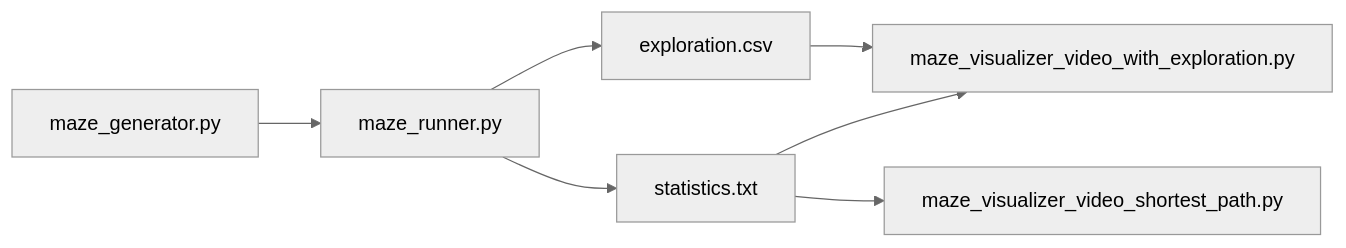
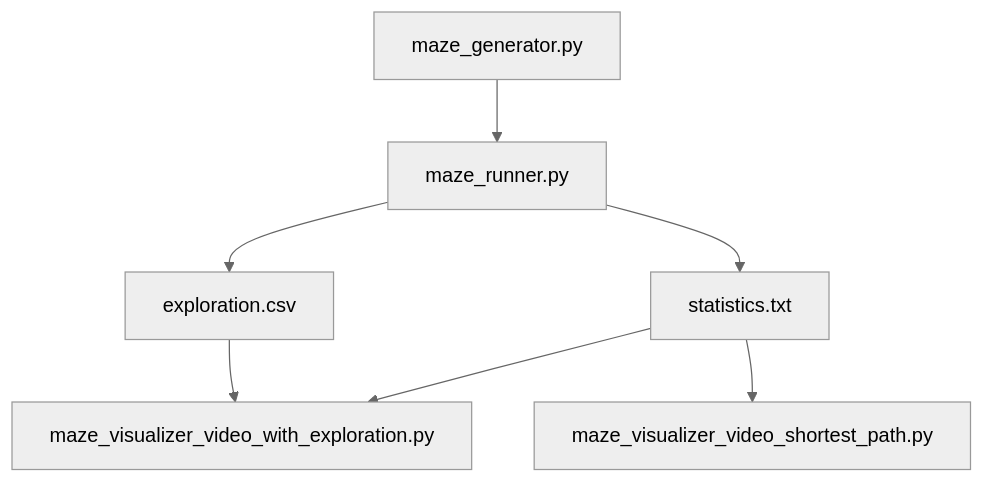
Before and after one commit to shivayseth/bfs-maze-runner: the diagram in README.md, drawn with Mermaid (neutral theme). The commit also changed other lines of this file, not shown here.

````diff
--- a/README.md
+++ b/README.md
@@ -19,9 +26,9 @@
 ```mermaid
-flowchart LR
+flowchart TD
     A["maze_generator.py"] --> B["maze_runner.py"]
     B --> C["exploration.csv"]
     B --> D["statistics.txt"]
     C --> E["maze_visualizer_video_with_exploration.py"]
     D --> E
     D --> F["maze_visualizer_video_shortest_path.py"]
 ```
````
